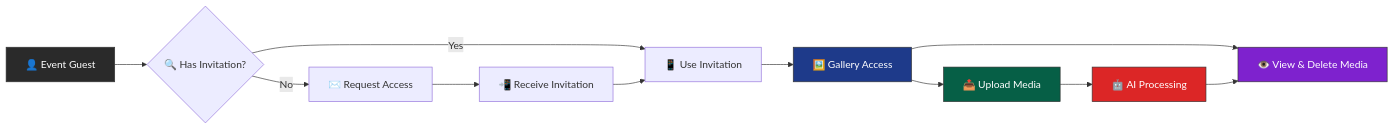
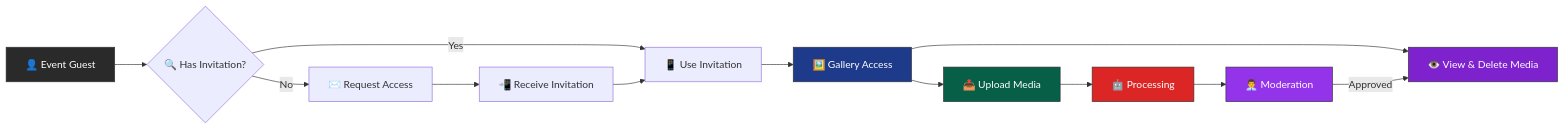
Before and after one commit to mrj0nesmtl/cloud-burst: the second of 3 diagrams in docs/README.md, drawn with Mermaid. The commit also changed other lines of this file, not shown here.

````diff
--- a/docs/README.md
+++ b/docs/README.md
@@ -179,19 +193,21 @@
 ```mermaid
 graph LR
     A["👤 Event Guest"] --> B{"🔍 Has Invitation?"}
     B -->|"Yes"| C["📱 Use Invitation"]
     B -->|"No"| D["✉️ Request Access"]
     C --> E["🖼️ Gallery Access"]
     D --> F["📲 Receive Invitation"]
     F --> C
     E --> G["📤 Upload Media"]
     E --> H["👁️ View & Delete Media"]
-    G --> I["🤖 AI Processing"]
-    I --> H
+    G --> I["🤖 Processing"]
+    I --> J["👨‍💼 Moderation"]
+    J -->|"Approved"| H
     
     style A fill:#2A2A2A,stroke:#333,color:#fff
     style E fill:#1E3A8A,stroke:#333,color:#fff
     style G fill:#065F46,stroke:#333,color:#fff
     style H fill:#7E22CE,stroke:#333,color:#fff
     style I fill:#DC2626,stroke:#333,color:#fff
+    style J fill:#9333EA,stroke:#333,color:#fff
 ```
````
